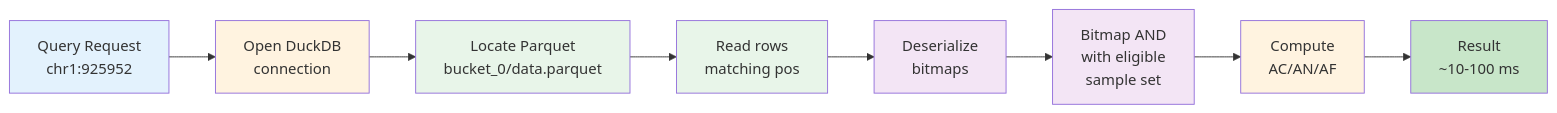
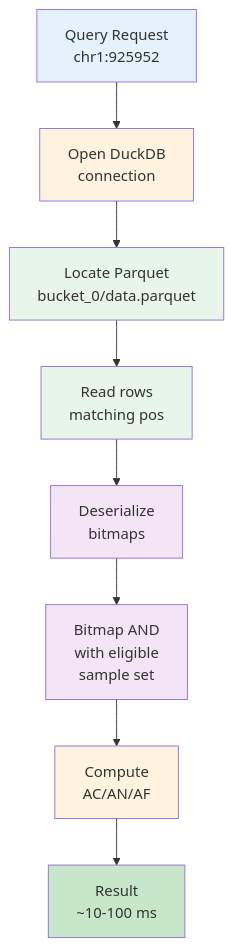
One commit to dlopez-bioinfo/afquery changed the diagram in docs/advanced/performance.md. Above: the diagram before and after it, drawn with Mermaid. The commit also changed other lines of this file and 8 other files, not shown here.

````diff
--- a/docs/advanced/performance.md
+++ b/docs/advanced/performance.md
@@ -79,28 +79,28 @@
 ```mermaid
-graph LR
+graph TD
     A["Query Request<br/>chr1:925952"]
     B["Open DuckDB<br/>connection"]
     C["Locate Parquet<br/>bucket_0/data.parquet"]
     D["Read rows<br/>matching pos"]
     E["Deserialize<br/>bitmaps"]
     F["Bitmap AND<br/>with eligible<br/>sample set"]
     G["Compute<br/>AC/AN/AF"]
     H["Result<br/>~10-100 ms"]
 
     A --> B
     B --> C
     C --> D
     D --> E
     E --> F
     F --> G
     G --> H
 
     style A fill:#e3f2fd
     style B fill:#fff3e0
     style C fill:#e8f5e9
     style D fill:#e8f5e9
     style E fill:#f3e5f5
     style F fill:#f3e5f5
     style G fill:#fff3e0
     style H fill:#c8e6c9
-```
+``` 
````
